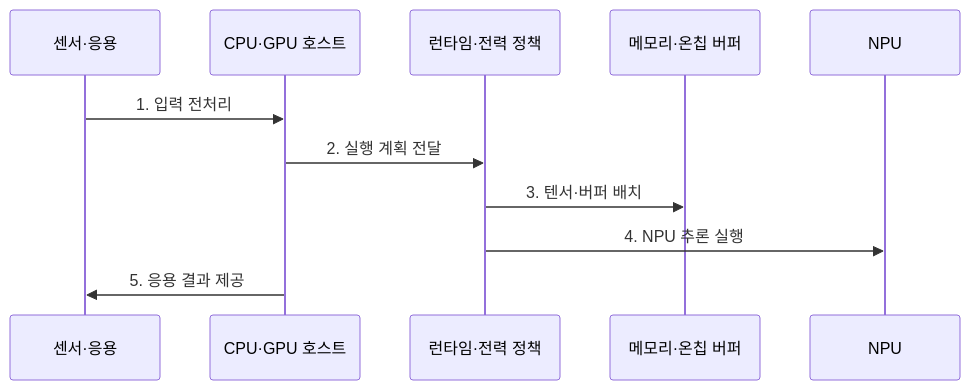
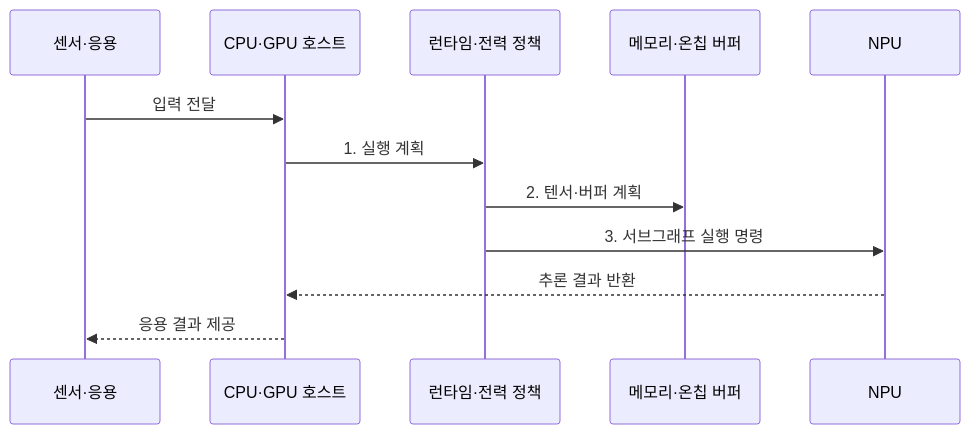
One commit to agnusdei1207/knowledge-base changed the second of 2 diagrams in src/content/docs/notes/02-hardware/084_soc_on_device_ai_chip.md. Above: the diagram before and after it, drawn with Mermaid. The commit also changed other lines of this file and 14 other files, not shown here.

````diff
--- a/src/content/docs/notes/02-hardware/084_soc_on_device_ai_chip.md
+++ b/src/content/docs/notes/02-hardware/084_soc_on_device_ai_chip.md
@@ -92,14 +90,15 @@
 ```mermaid
 sequenceDiagram
     participant I as 센서·응용
     participant H as CPU·GPU 호스트
     participant R as 런타임·전력 정책
     participant M as 메모리·온칩 버퍼
     participant N as NPU
 
-    I->>H: 1. 입력 전처리
-    H->>R: 2. 실행 계획 전달
-    R->>M: 3. 텐서·버퍼 배치
-    R->>N: 4. NPU 추론 실행
-    H->>I: 5. 응용 결과 제공
+    I->>H: 입력 전달
+    H->>R: 1. 실행 계획
+    R->>M: 2. 텐서·버퍼 계획
+    R->>N: 3. 서브그래프 실행 명령
+    N-->>H: 추론 결과 반환
+    H-->>I: 응용 결과 제공
 ```
````
